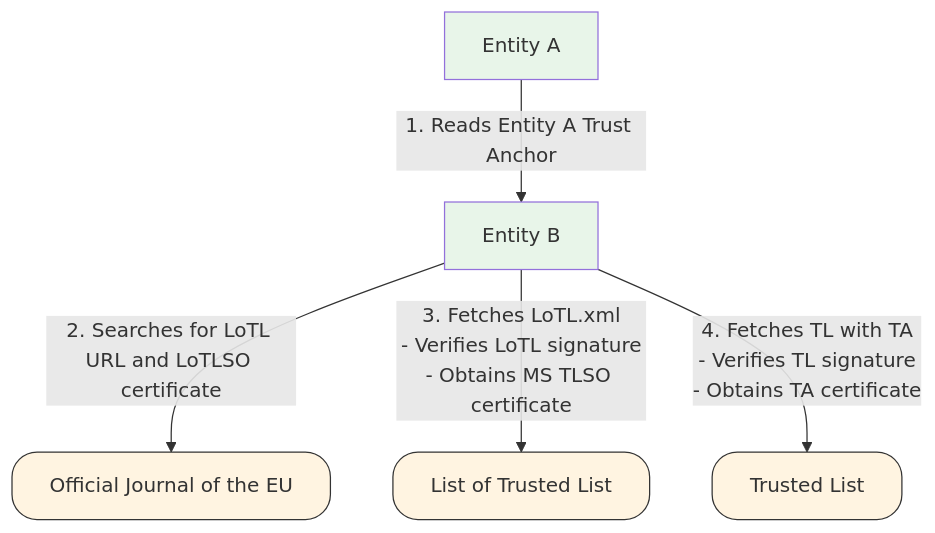
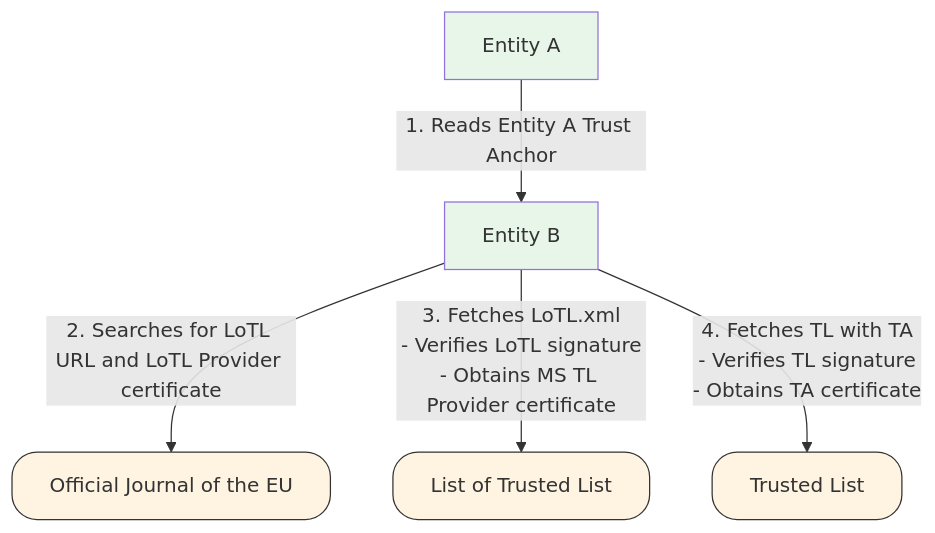
Before and after one commit to APTITUDE-Consortium/wp2-trust-specifications: the third of 3 diagrams in topics/trust-architecture.md, drawn with Mermaid. The commit also changed other lines of this file, not shown here.

````diff
--- a/topics/trust-architecture.md
+++ b/topics/trust-architecture.md
@@ -169,20 +173,20 @@
 ```mermaid
 graph TB
     A["Entity A"]
     B["Entity B"]
     LoTL["List of Trusted List"]
     OJEU["Official Journal of the EU"]
     TL["Trusted List"]
 
     style TL fill:#fff4e1,stroke:#333,stroke-width:1px,rx:20,ry:20
     style OJEU fill:#fff4e1,stroke:#333,stroke-width:1px,rx:20,ry:20
     style LoTL fill:#fff4e1,stroke:#333,stroke-width:1px,rx:20,ry:20
     style A fill:#e8f5e9
     style B fill:#e8f5e9
     
     %% Trust Evaluation Flow
     A -->|1. Reads Entity A Trust Anchor| B
-    B -->|2. Searches for LoTL URL and LoTLSO certificate| OJEU
-    B -->|3. Fetches LoTL.xml<br>- Verifies LoTL signature</br>- Obtains MS TLSO certificate| LoTL
+    B -->|2. Searches for LoTL URL and LoTL Provider certificate| OJEU
+    B -->|3. Fetches LoTL.xml<br>- Verifies LoTL signature</br>- Obtains MS TL Provider certificate| LoTL
     B -->|4. Fetches TL with TA</br>- Verifies TL signature<br>- Obtains TA certificate| TL
 ```
````
